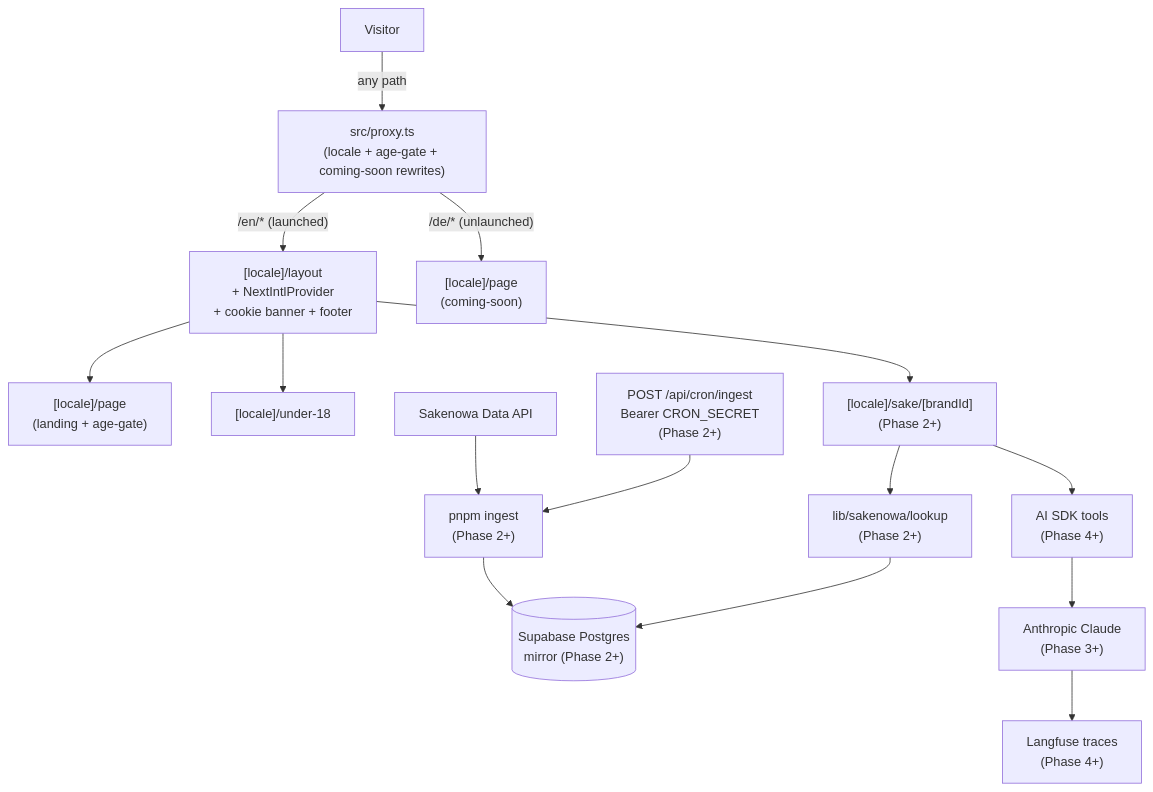
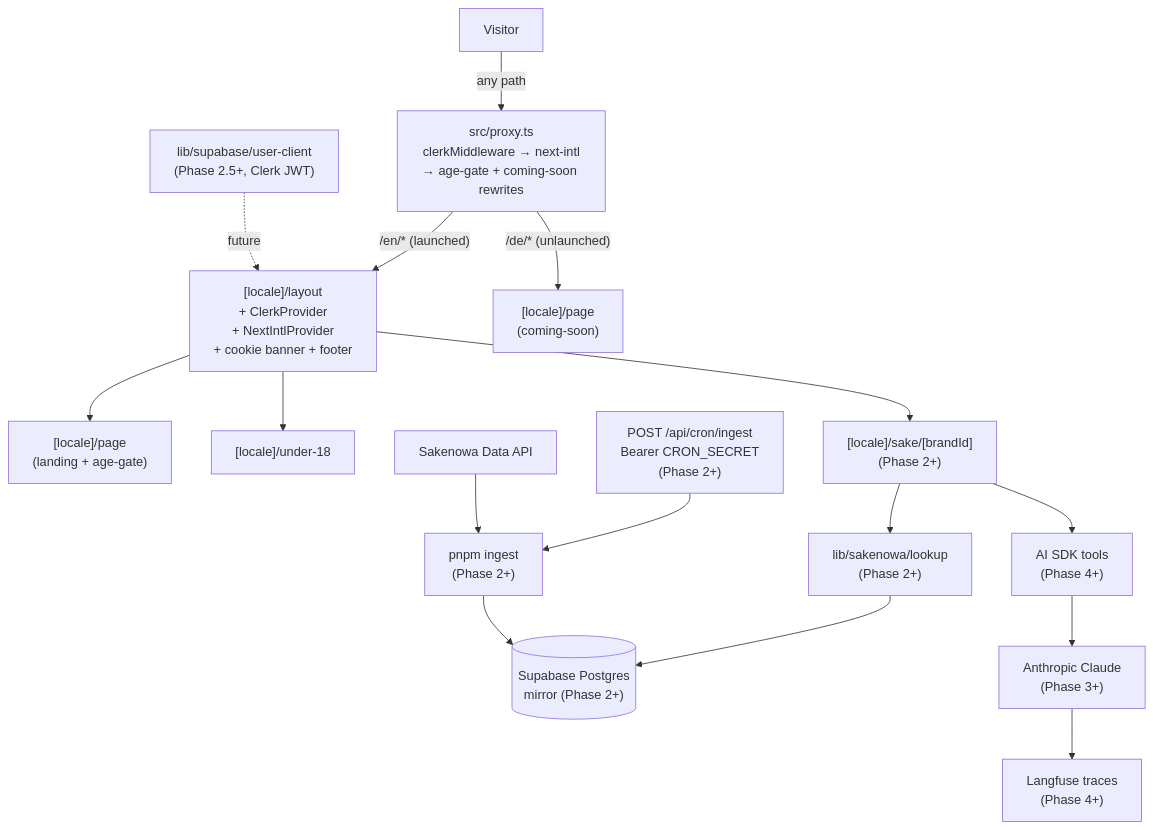
The diagram in README.md (yawaragi-dev/yawaragi), drawn with Mermaid before and after one commit. The commit also changed 1 other file, not shown here.

Commit message:
chore(slice-12): self-review fixes — README diagram + docblock trim
- README.md: proxy node now reflects clerkMiddleware → next-intl → age-gate
  composition order; ClerkProvider added to the [locale]/layout node;
  forward-edge from lib/supabase/user-client added as a dotted line
  (Phase 2.5+ consumer).
- src/lib/supabase/user-client.ts: collapse 17-line docblock to one line
  + ADR-0010 link per the project's "one short line max" comment rule.

````diff
--- a/README.md
+++ b/README.md
@@ -37,17 +37,18 @@
 ```mermaid
 flowchart TD
-  V[Visitor] -->|"any path"| P["src/proxy.ts<br/>(locale + age-gate + coming-soon rewrites)"]
-  P -->|"/en/* (launched)"| LL["[locale]/layout<br/>+ NextIntlProvider<br/>+ cookie banner + footer"]
+  V[Visitor] -->|"any path"| P["src/proxy.ts<br/>clerkMiddleware → next-intl<br/>→ age-gate + coming-soon rewrites"]
+  P -->|"/en/* (launched)"| LL["[locale]/layout<br/>+ ClerkProvider<br/>+ NextIntlProvider<br/>+ cookie banner + footer"]
+  UC["lib/supabase/user-client<br/>(Phase 2.5+, Clerk JWT)"] -.->|"future"| LL
   P -->|"/de/* (unlaunched)"| CS["[locale]/page<br/>(coming-soon)"]
   LL --> Landing["[locale]/page<br/>(landing + age-gate)"]
   LL --> Under18["[locale]/under-18"]
   LL --> Sake["[locale]/sake/[brandId]<br/>(Phase 2+)"]
   Sake --> Lookup["lib/sakenowa/lookup<br/>(Phase 2+)"]
   Lookup --> DB[("Supabase Postgres<br/>mirror (Phase 2+)")]
   Ingest["pnpm ingest<br/>(Phase 2+)"] --> DB
   CronRoute["POST /api/cron/ingest<br/>Bearer CRON_SECRET<br/>(Phase 2+)"] --> Ingest
   Sakenowa["Sakenowa Data API"] --> Ingest
   Sake --> Tools["AI SDK tools<br/>(Phase 4+)"]
   Tools --> Anthropic["Anthropic Claude<br/>(Phase 3+)"]
   Anthropic --> Trace["Langfuse traces<br/>(Phase 4+)"]
 ```
````
